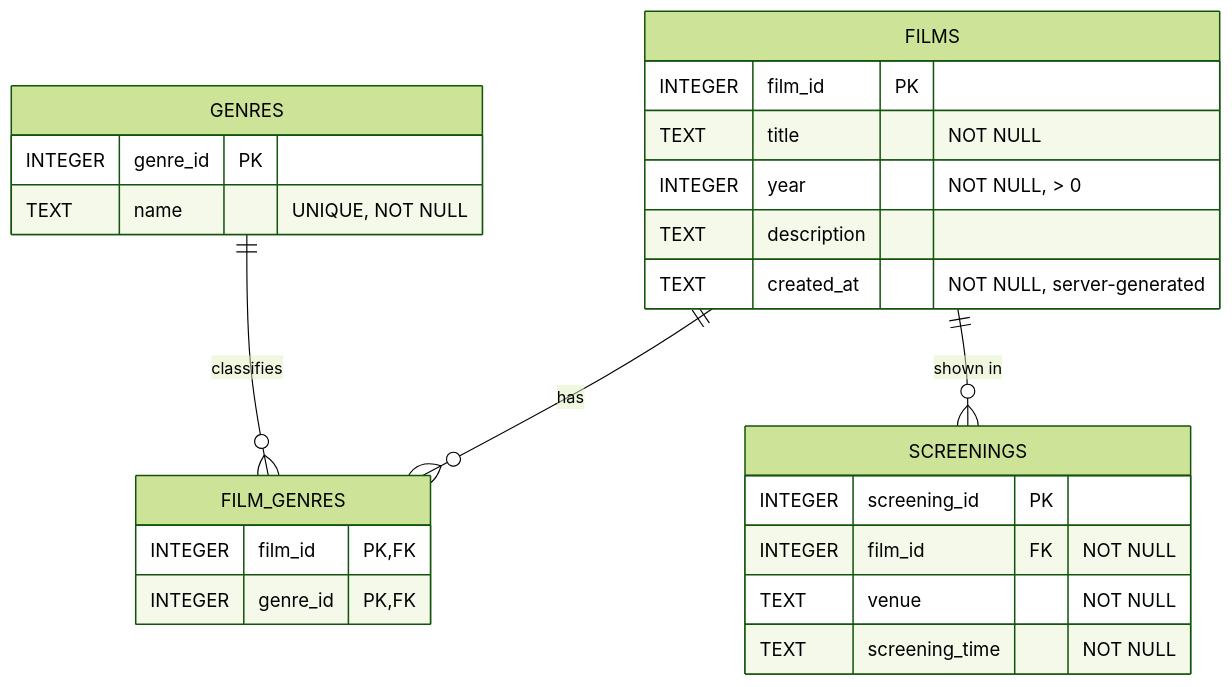
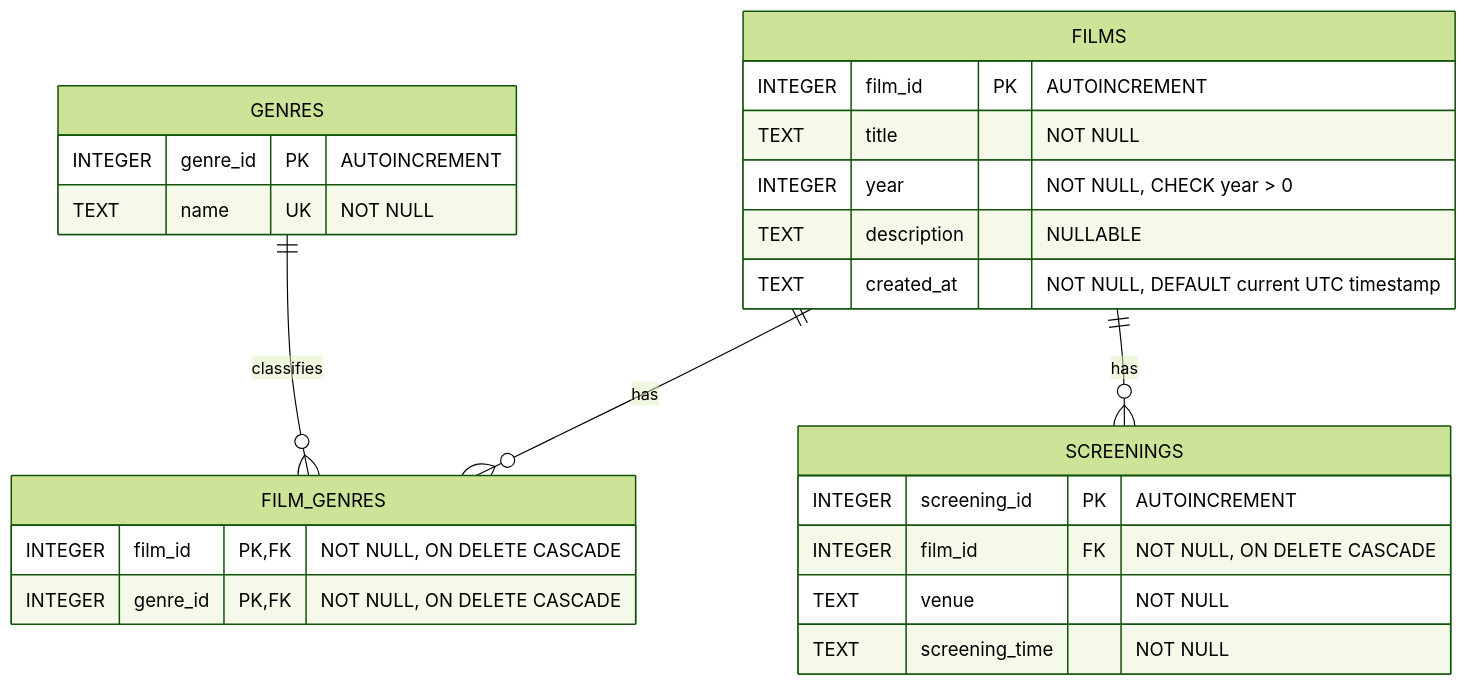
The diagram in docs/er-diagram.md (mfalme1k0/marquee), drawn with Mermaid (forest theme) before and after one commit. The commit also changed other lines of this file, not shown here.

Commit message:
Document database relationships and constraints and updated ER diagram

````diff
--- a/docs/er-diagram.md
+++ b/docs/er-diagram.md
@@ -5,28 +6,31 @@
 ```mermaid
 erDiagram
     FILMS ||--o{ FILM_GENRES : has
     GENRES ||--o{ FILM_GENRES : classifies
-    FILMS ||--o{ SCREENINGS : "shown in"
+    FILMS ||--o{ SCREENINGS : has
 
     FILMS {
-        INTEGER film_id PK
+        INTEGER film_id PK "AUTOINCREMENT"
         TEXT title "NOT NULL"
-        INTEGER year "NOT NULL, > 0"
-        TEXT description
-        TEXT created_at "NOT NULL, server-generated"
+        INTEGER year "NOT NULL, CHECK year > 0"
+        TEXT description "NULLABLE"
+        TEXT created_at "NOT NULL, DEFAULT current UTC timestamp"
     }
+
     GENRES {
-        INTEGER genre_id PK
-        TEXT name "UNIQUE, NOT NULL"
+        INTEGER genre_id PK "AUTOINCREMENT"
+        TEXT name UK "NOT NULL"
     }
+
     FILM_GENRES {
-        INTEGER film_id PK, FK
-        INTEGER genre_id PK, FK
+        INTEGER film_id PK, FK "NOT NULL, ON DELETE CASCADE"
+        INTEGER genre_id PK, FK "NOT NULL, ON DELETE CASCADE"
     }
+
     SCREENINGS {
-        INTEGER screening_id PK
-        INTEGER film_id FK "NOT NULL"
+        INTEGER screening_id PK "AUTOINCREMENT"
+        INTEGER film_id FK "NOT NULL, ON DELETE CASCADE"
         TEXT venue "NOT NULL"
         TEXT screening_time "NOT NULL"
     }
 ```
````
